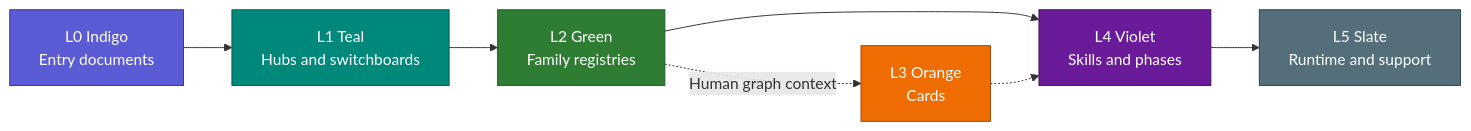
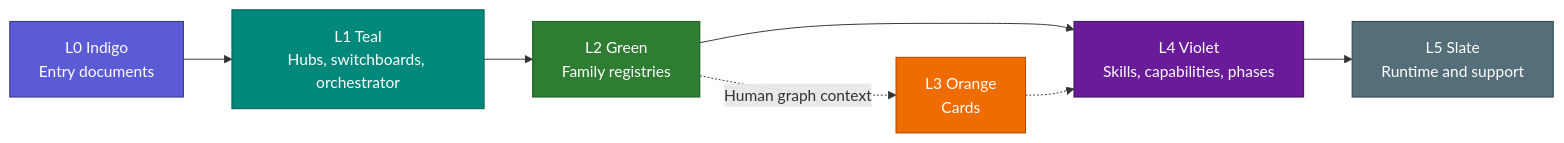
Before and after one commit to geekybobz/skills_ai: the diagram in docs/human/06_GRAPH_AND_COLORS.md, drawn with Mermaid. The commit also changed other lines of this file and 173 other files, not shown here.

````diff
--- a/docs/human/06_GRAPH_AND_COLORS.md
+++ b/docs/human/06_GRAPH_AND_COLORS.md
@@ -22,22 +22,22 @@
 ```mermaid
 flowchart LR
-    L0["L0 Indigo<br/>Entry documents"] --> L1["L1 Teal<br/>Hubs and switchboards"]
+    L0["L0 Indigo<br/>Entry documents"] --> L1["L1 Teal<br/>Hubs, switchboards, orchestrator"]
     L1 --> L2["L2 Green<br/>Family registries"]
-    L2 --> L4["L4 Violet<br/>Skills and phases"]
+    L2 --> L4["L4 Violet<br/>Skills, capabilities, phases"]
     L4 --> L5["L5 Slate<br/>Runtime and support"]
     L2 -. "Human graph context" .-> L3["L3 Orange<br/>Cards"]
     L3 -.-> L4
 
     classDef L0 fill:#5B5BD6,color:#fff,stroke:#32327A
     classDef L1 fill:#00897B,color:#fff,stroke:#005B52
     classDef L2 fill:#2E7D32,color:#fff,stroke:#1B5E20
     classDef L3 fill:#EF6C00,color:#fff,stroke:#A64700
     classDef L4 fill:#6A1B9A,color:#fff,stroke:#3E0F5C
     classDef L5 fill:#546E7A,color:#fff,stroke:#29434E
     class L0 L0
     class L1 L1
     class L2 L2
     class L3 L3
     class L4 L4
     class L5 L5
 ```
````
